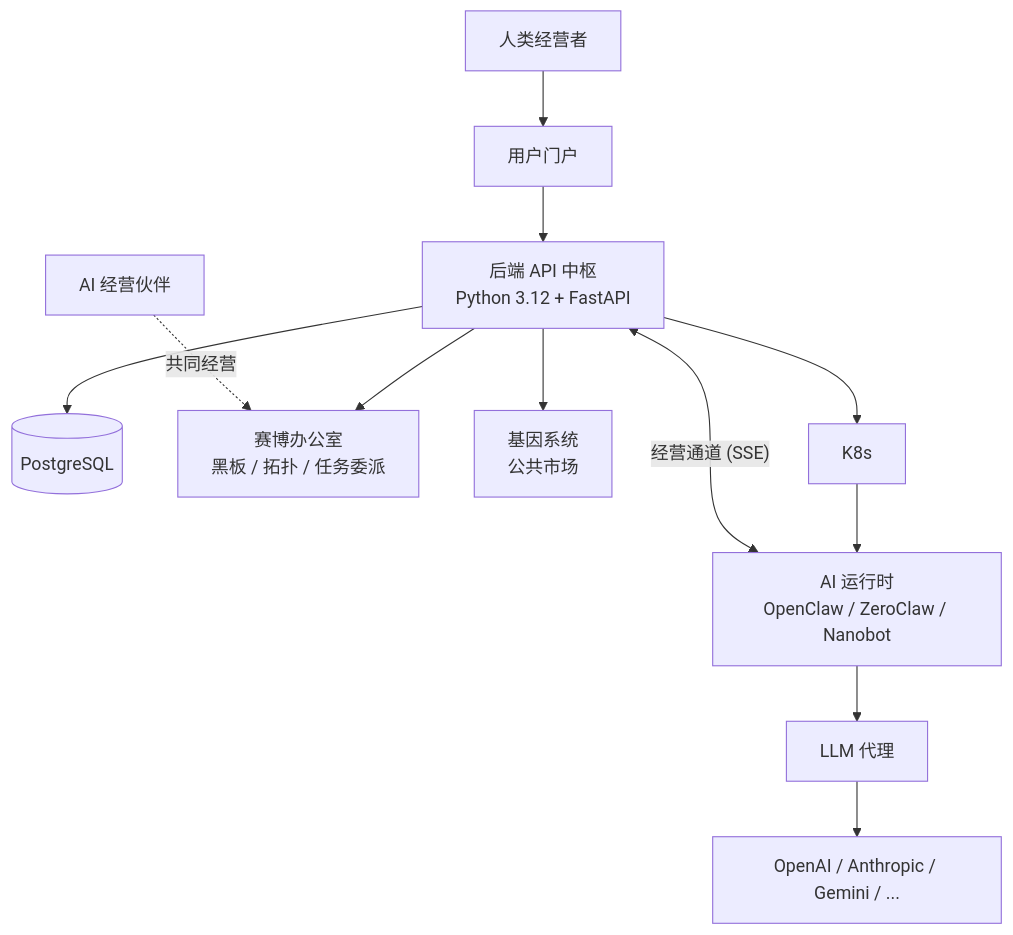
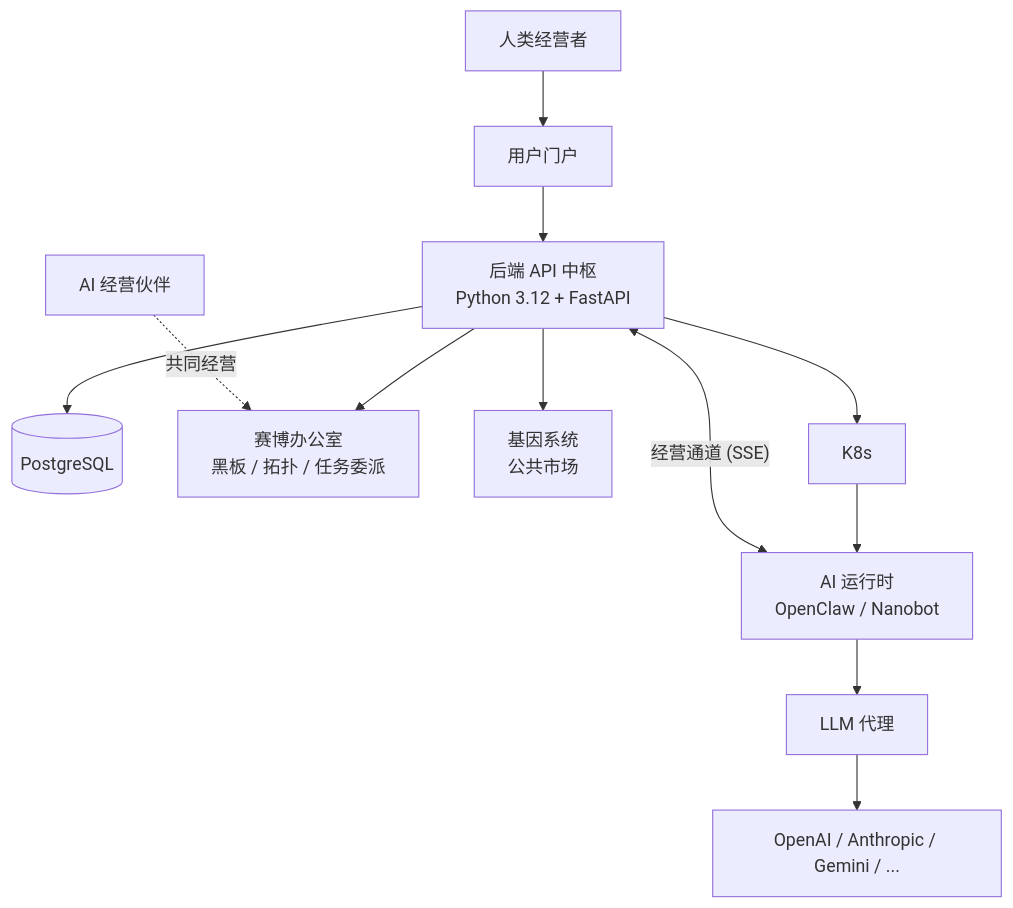
The diagram in README.zh-CN.md (fengqiliang93/nodeskclaw), drawn with Mermaid before and after one commit. The commit also changed 42 other files, not shown here.

First line of the commit message:
refactor: 完整移除 ZeroClaw 运行时引擎

````diff
--- a/README.zh-CN.md
+++ b/README.zh-CN.md
@@ -42,16 +42,16 @@
 ```mermaid
 graph TD
     Human["人类经营者"] --> Portal["用户门户"]
     Portal --> API["后端 API 中枢<br>Python 3.12 + FastAPI"]
 
     API --> DB[(PostgreSQL)]
     API --> CW["赛博办公室<br>黑板 / 拓扑 / 任务委派"]
     API --> Gene["基因系统<br>公共市场"]
     API --> Compute["K8s"]
 
-    Compute --> Runtime["AI 运行时<br>OpenClaw / ZeroClaw / Nanobot"]
+    Compute --> Runtime["AI 运行时<br>OpenClaw / Nanobot"]
     Runtime <-->|"经营通道 (SSE)"| API
     Runtime --> LLM["LLM 代理"] --> Providers["OpenAI / Anthropic / Gemini / ..."]
 
     AIPartners["AI 经营伙伴"] -.->|"共同经营"| CW
 ```
````
